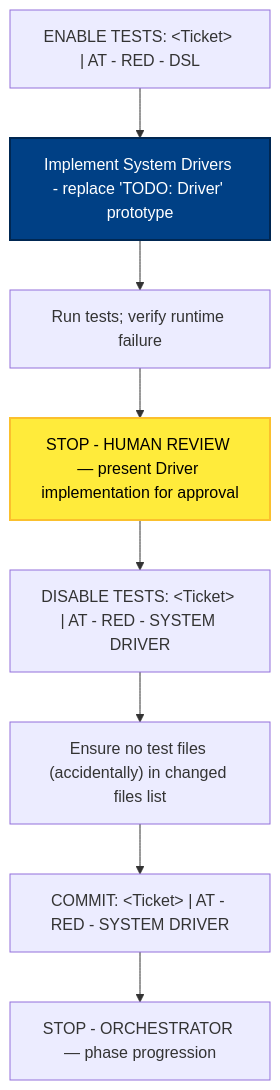
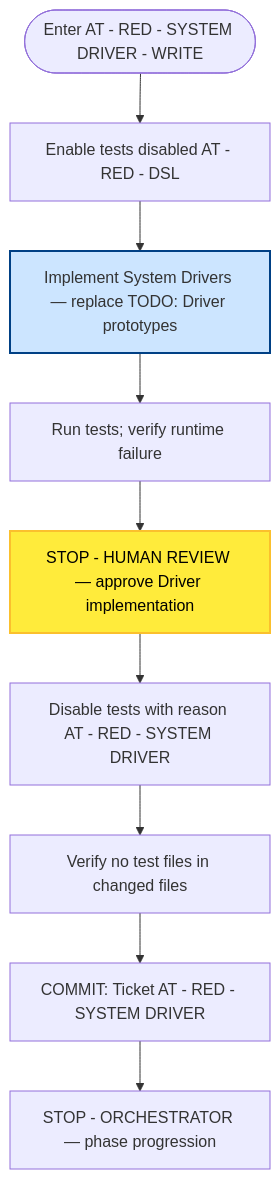
One commit to optivem/starter changed the third of 8 diagrams in docs/atdd/process/phase-details-diagram.md. Above: the diagram before and after it, drawn with Mermaid. The commit also changed other lines of this file and 1 other file, not shown here.

First line of the commit message:
Regenerate process diagrams after AT/CT phase doc split

````diff
--- a/docs/atdd/process/phase-details-diagram.md
+++ b/docs/atdd/process/phase-details-diagram.md
@@ -95,24 +99,26 @@
 ```mermaid
 flowchart TD
-    ENABLE["ENABLE TESTS: &lt;Ticket&gt; | AT - RED - DSL"]
-    IMPL[Implement System Drivers - replace 'TODO: Driver' prototype]
+    START([Enter AT - RED - SYSTEM DRIVER - WRITE])
+    ENABLE[Enable tests disabled AT - RED - DSL]
+    IMPL[Implement System Drivers — replace TODO: Driver prototypes]
     RUN[Run tests; verify runtime failure]
-    STOP_WRITE[STOP - HUMAN REVIEW — present Driver implementation for approval]
-    DISABLE["DISABLE TESTS: &lt;Ticket&gt; | AT - RED - SYSTEM DRIVER"]
-    NO_TEST_FILES["Ensure no test files (accidentally) in changed files list"]
-    COMMIT["COMMIT: &lt;Ticket&gt; | AT - RED - SYSTEM DRIVER"]
+    STOP_WRITE[STOP - HUMAN REVIEW — approve Driver implementation]
+    DISABLE[Disable tests with reason AT - RED - SYSTEM DRIVER]
+    NO_TEST_FILES[Verify no test files in changed files]
+    COMMIT[COMMIT: Ticket AT - RED - SYSTEM DRIVER]
     STOP_END[STOP - ORCHESTRATOR — phase progression]
 
+    START --> ENABLE
     ENABLE --> IMPL
     IMPL --> RUN
     RUN --> STOP_WRITE
     STOP_WRITE --> DISABLE
     DISABLE --> NO_TEST_FILES
     NO_TEST_FILES --> COMMIT
     COMMIT --> STOP_END
 
-    classDef effortNode fill:#004085,stroke:#002752,stroke-width:2px,color:#fff
+    classDef effortNode fill:#cce5ff,stroke:#004085,stroke-width:2px
     class IMPL effortNode
     classDef humanReviewNode fill:#ffeb3b,stroke:#fbc02d,stroke-width:2px,color:#000
     class STOP_WRITE humanReviewNode
 ```
````
